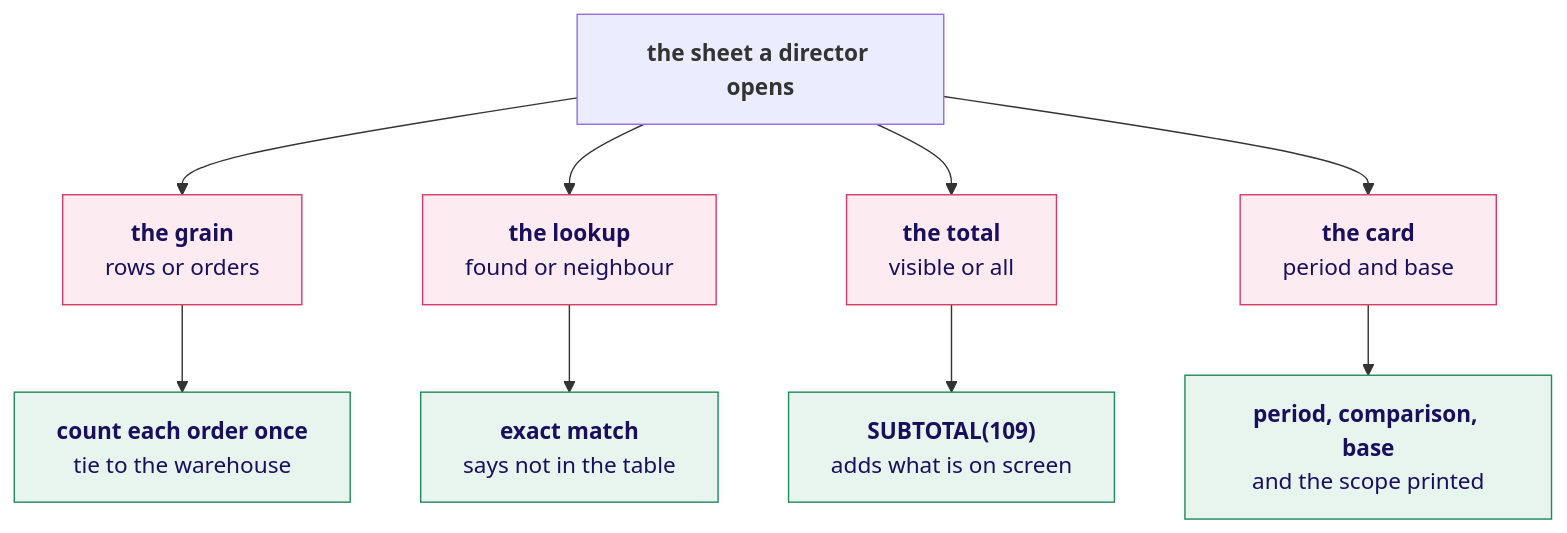
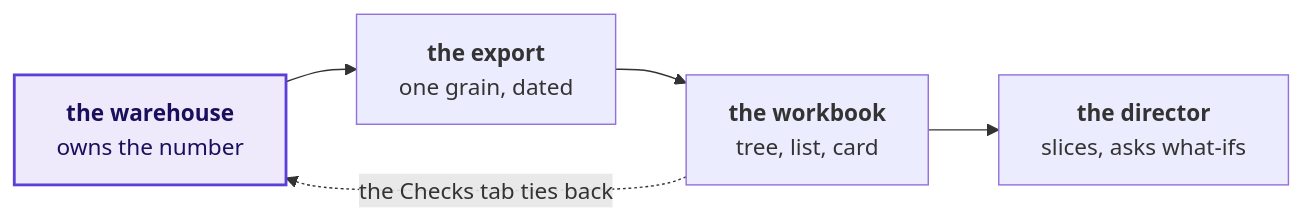
One commit to fde-academy-lab/c2-content-factory changed the diagram in content/W02/D5/cheatsheets/C2_W02_D05_last_mile_STUDENT.md. Above: the diagram before and after it, drawn with Mermaid. The commit also changed other lines of this file and 4 other files, not shown here.

````diff
--- a/content/W02/D5/cheatsheets/C2_W02_D05_last_mile_STUDENT.md
+++ b/content/W02/D5/cheatsheets/C2_W02_D05_last_mile_STUDENT.md
@@ -8,16 +10,9 @@
 ```mermaid
-flowchart TB
-    S["<b>the sheet a director opens</b>"]
-    S --> G["<b>the grain</b><br/>rows or orders"]
-    S --> L["<b>the lookup</b><br/>found or neighbour"]
-    S --> V["<b>the total</b><br/>visible or all"]
-    S --> C["<b>the card</b><br/>period and base"]
-    G --> G2["<b>count each order once</b><br/>tie to the warehouse"]
-    L --> L2["<b>exact match</b><br/>says not in the table"]
-    V --> V2["<b>SUBTOTAL(109)</b><br/>adds what is on screen"]
-    C --> C2["<b>period, comparison, base</b><br/>and the scope printed"]
-    classDef bad fill:#FCEBF0,stroke:#D63A6A,color:#1A0F5C
-    classDef good fill:#E8F5EE,stroke:#1F8A5B,color:#1A0F5C
-    class G,L,V,C bad
-    class G2,L2,V2,C2 good
+flowchart LR
+    W["<b>the warehouse</b><br/>owns the number"] --> E["<b>the export</b><br/>one grain, dated"]
+    E --> X["<b>the workbook</b><br/>tree, list, card"]
+    X --> D["<b>the director</b><br/>slices, asks what-ifs"]
+    X -.->|"the Checks tab ties back"| W
+    classDef known fill:#EEEAFB,stroke:#5B3FD6,color:#1A0F5C,stroke-width:2px
+    class W known
 ```
````
